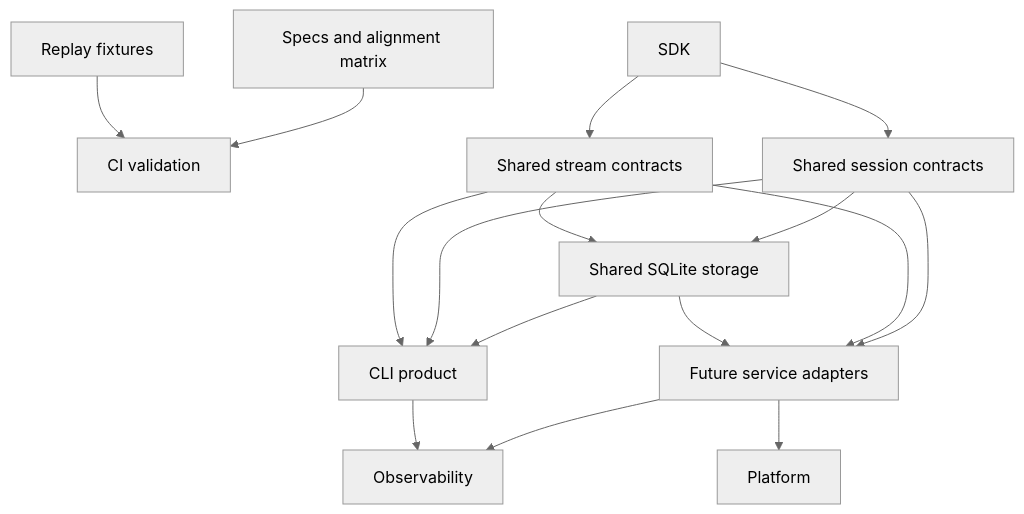
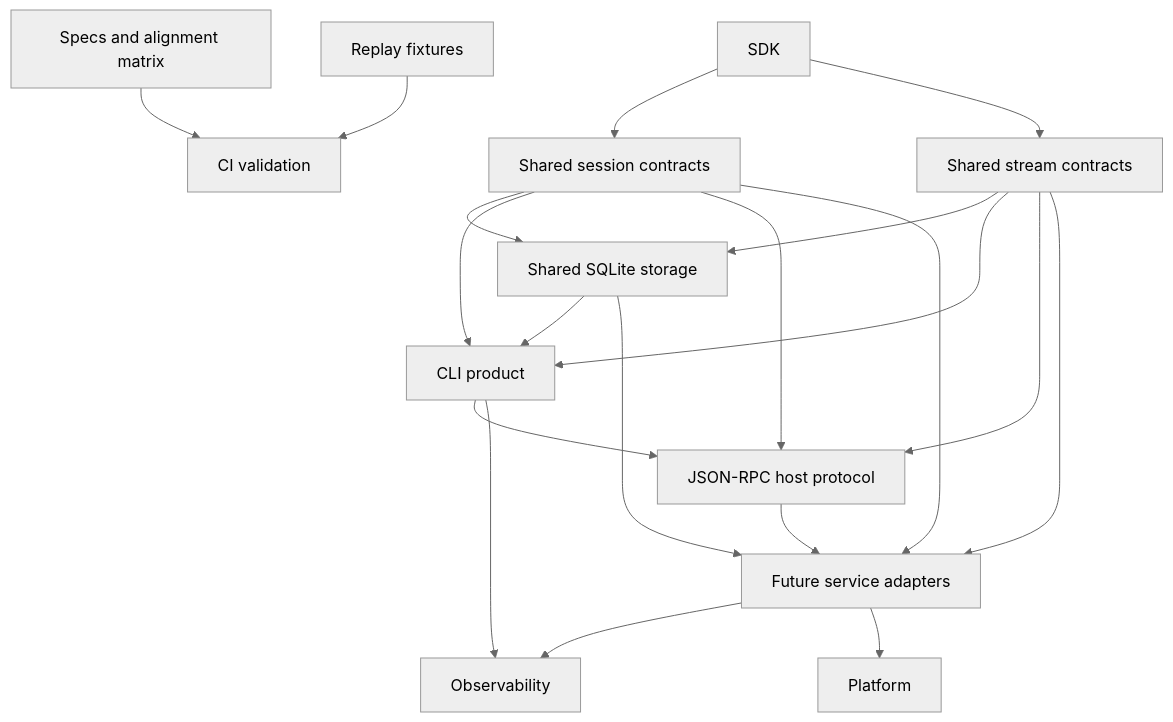
The diagram in spec/ops/README.md (Wh1isper/starweaver), drawn with Mermaid (neutral theme) before and after one commit. The commit also changed other lines of this file and 40 other files, not shown here.

First line of the commit message:
feat(cli): add JSON-RPC host support (#2)

````diff
--- a/spec/ops/README.md
+++ b/spec/ops/README.md
@@ -20,30 +21,35 @@
 ```mermaid
 flowchart TD
     ci[CI validation]
     replay[Replay fixtures]
     specs[Specs and alignment matrix]
     sdk[SDK]
     session[Shared session contracts]
     stream[Shared stream contracts]
     storage[Shared SQLite storage]
     cli[CLI product]
+    hostrpc[JSON-RPC host protocol]
     service[Future service adapters]
     observability[Observability]
     platform[Platform]
 
     specs --> ci
     replay --> ci
     sdk --> session
     sdk --> stream
     session --> storage
     stream --> storage
     storage --> cli
     session --> cli
     stream --> cli
+    cli --> hostrpc
+    session --> hostrpc
+    stream --> hostrpc
+    hostrpc --> service
     session --> service
     stream --> service
     storage --> service
     service --> observability
     cli --> observability
     service --> platform
 ```
````
